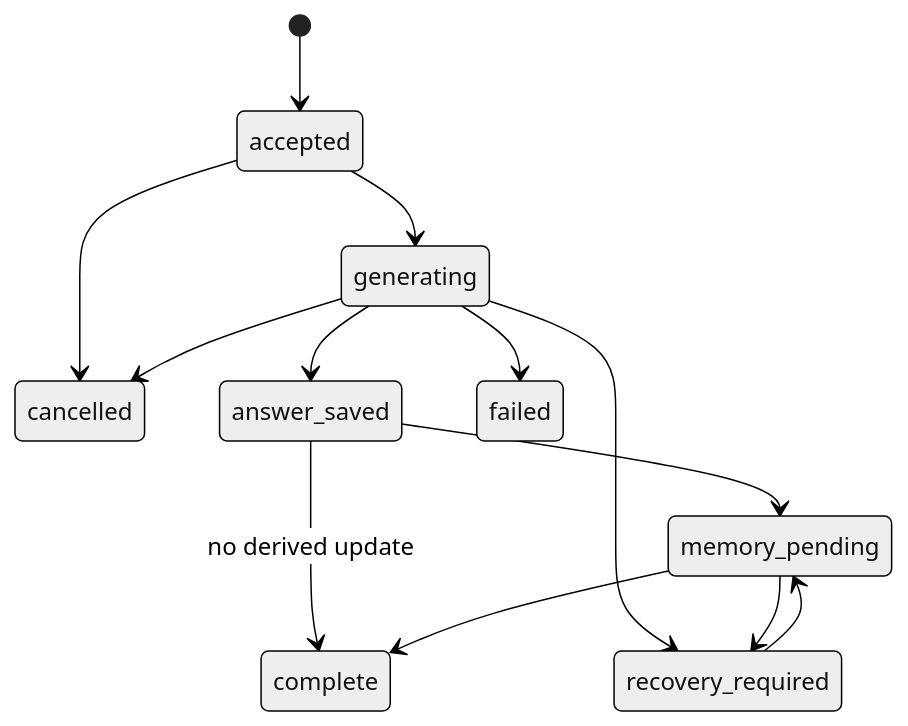
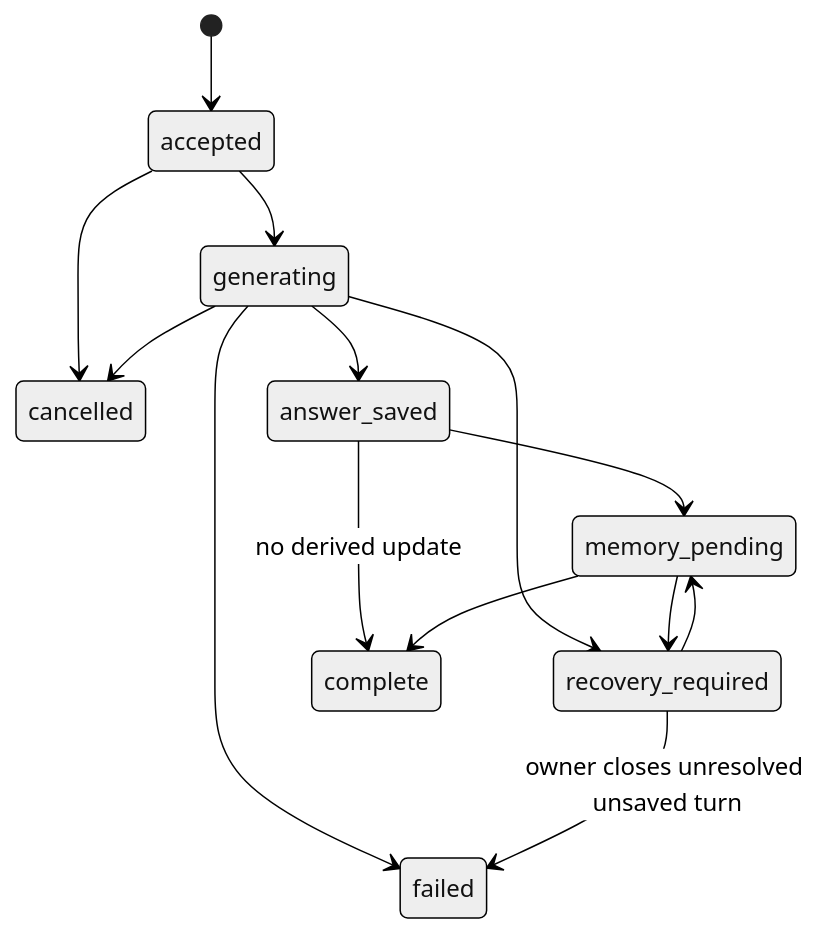
One commit to lorendw7/kyudai-llm-context-bridge changed the diagram in docs/contracts.md. Above: the diagram before and after it, drawn with Mermaid (neutral theme). The commit also changed other lines of this file and 16 other files, not shown here.

````diff
--- a/docs/contracts.md
+++ b/docs/contracts.md
@@ -120,15 +133,16 @@
 ```mermaid
 stateDiagram-v2
     [*] --> accepted
     accepted --> generating
     accepted --> cancelled
     generating --> answer_saved
     generating --> failed
     generating --> cancelled
     generating --> recovery_required
     answer_saved --> memory_pending
     answer_saved --> complete: no derived update
     memory_pending --> complete
     memory_pending --> recovery_required
     recovery_required --> memory_pending
+    recovery_required --> failed: owner closes unresolved unsaved turn
 ```
````
